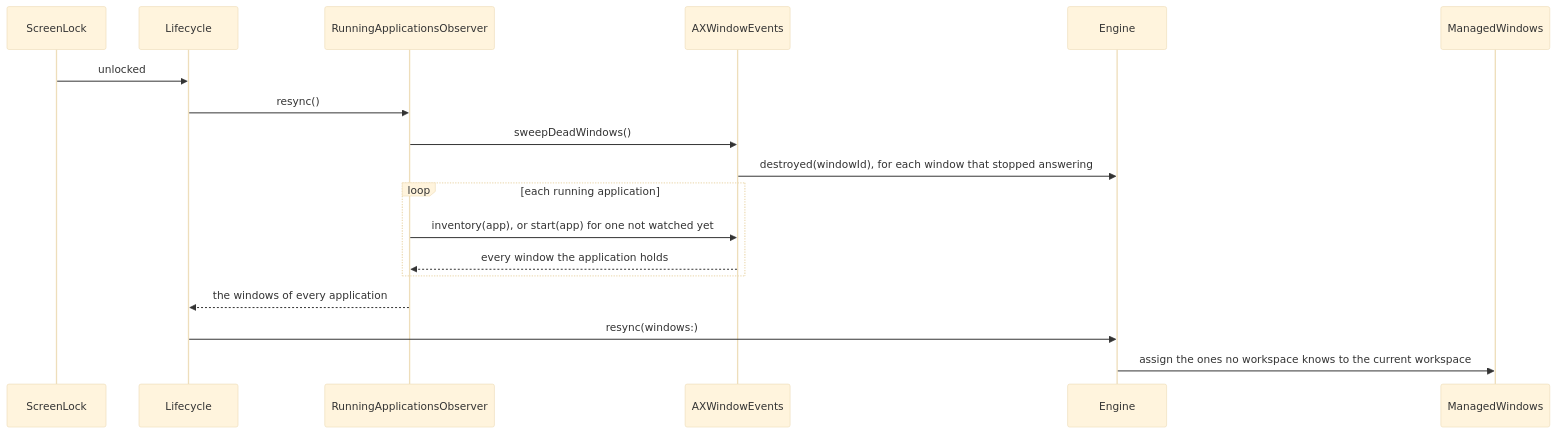
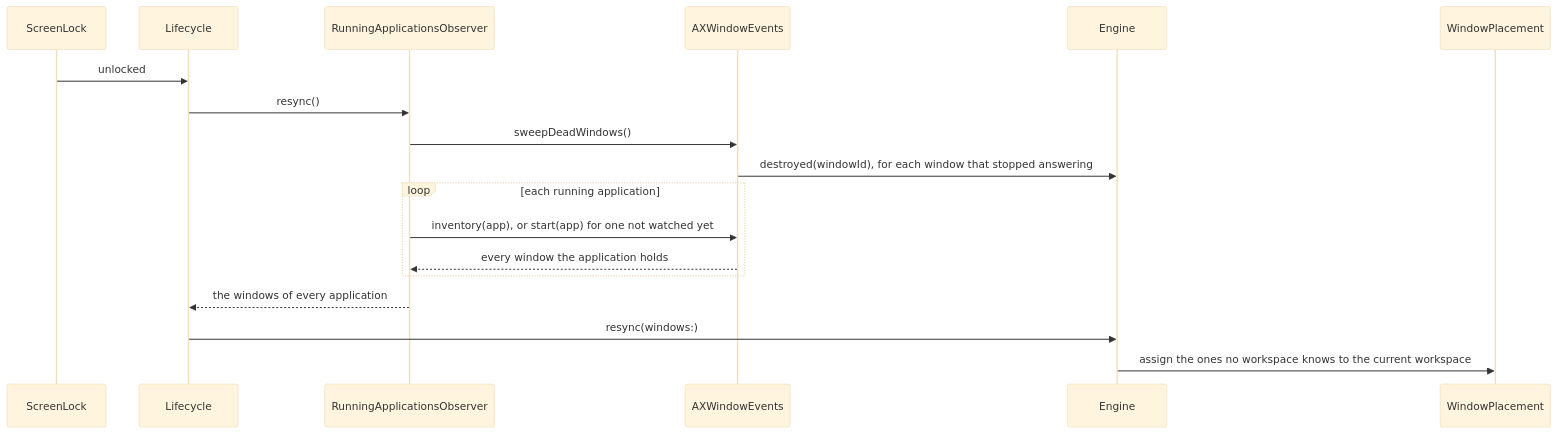
Before and after one commit to brennovich/ottowm: diagram 16 of 19 in ARCHITECTURE.md, drawn with Mermaid (base theme). The commit also changed other lines of this file and 11 other files, not shown here.

First line of the commit message:
Rename ManagedWindows to WindowPlacement

````diff
--- a/ARCHITECTURE.md
+++ b/ARCHITECTURE.md
@@ -398,14 +398,14 @@
 ```mermaid
 sequenceDiagram
     ScreenLock->>Lifecycle: unlocked
     Lifecycle->>RunningApplicationsObserver: resync()
     RunningApplicationsObserver->>AXWindowEvents: sweepDeadWindows()
     AXWindowEvents->>Engine: destroyed(windowId), for each window that stopped answering
     loop each running application
         RunningApplicationsObserver->>AXWindowEvents: inventory(app), or start(app) for one not watched yet
         AXWindowEvents-->>RunningApplicationsObserver: every window the application holds
     end
     RunningApplicationsObserver-->>Lifecycle: the windows of every application
     Lifecycle->>Engine: resync(windows:)
-    Engine->>ManagedWindows: assign the ones no workspace knows to the current workspace
+    Engine->>WindowPlacement: assign the ones no workspace knows to the current workspace
 ```
````
